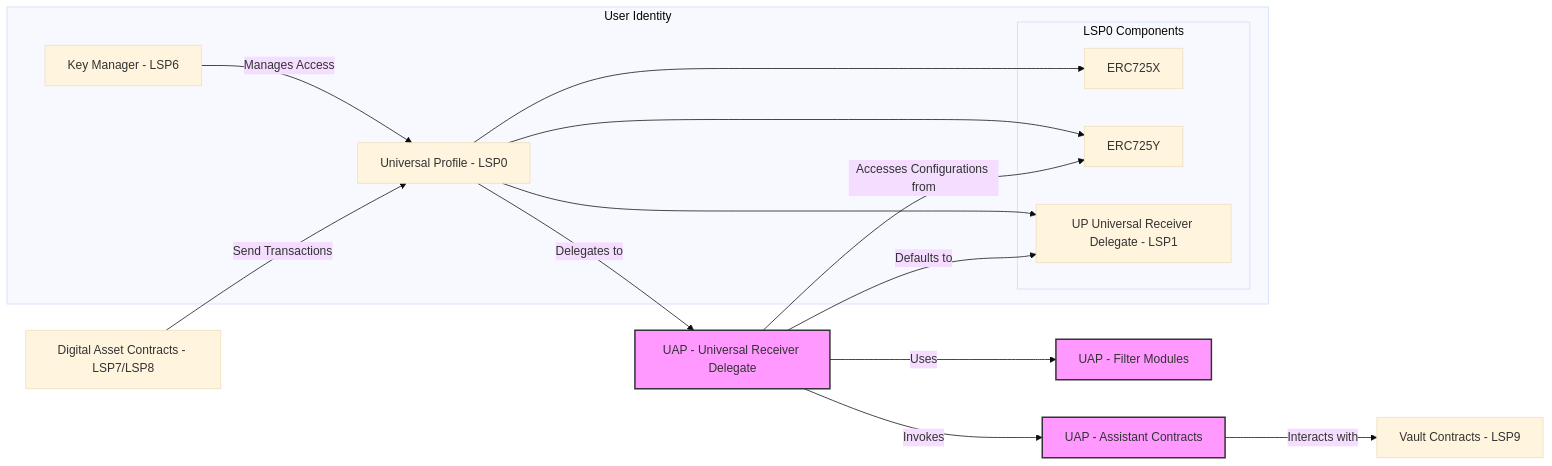
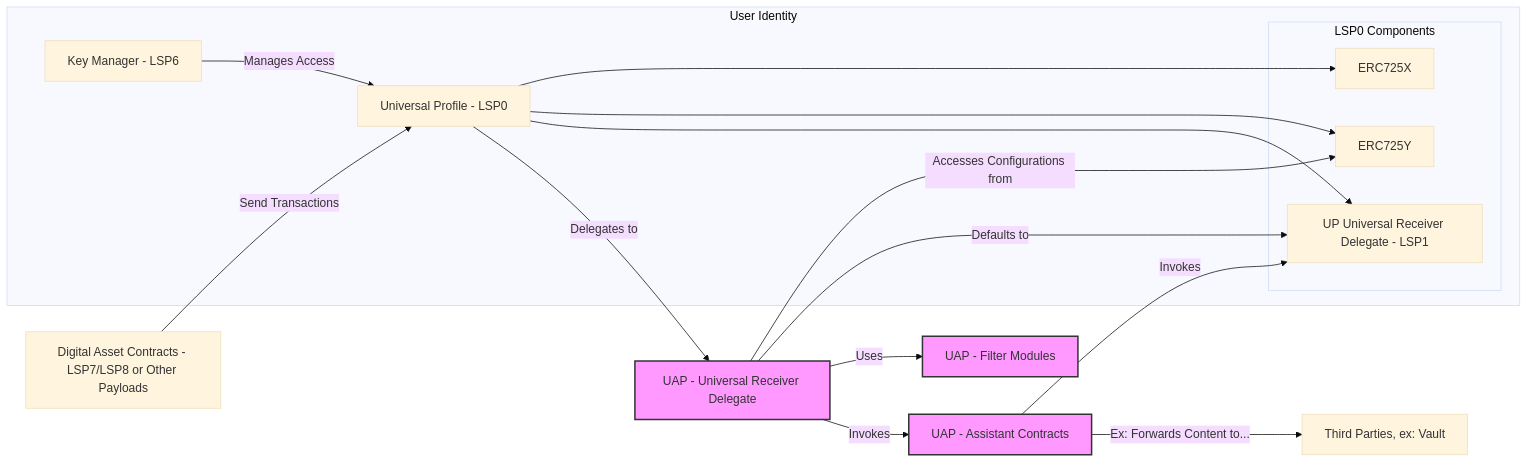
One commit to yearone-io/universal-assistant-protocol changed the first of 2 diagrams in README.md. Above: the diagram before and after it, drawn with Mermaid (base theme). The commit also changed other lines of this file, not shown here.

````diff
--- a/README.md
+++ b/README.md
@@ -2,38 +2,40 @@
 ```mermaid
 graph LR
 
 subgraph User Identity
     UP[Universal Profile - LSP0]
     subgraph LSP0 Components
         ERC725X
         ERC725Y
         LSP1[UP Universal Receiver Delegate - LSP1]
     end
     UP --> ERC725X
     UP --> ERC725Y
     UP --> LSP1
     KM[Key Manager - LSP6] -->|Manages Access| UP
 end
 
-Tokens[Digital Asset Contracts - LSP7/LSP8] -->|Send Transactions| UP
+Tokens[Digital Asset Contracts - LSP7/LSP8 or Other Payloads] -->|Send Transactions| UP
 
 UP -->|Delegates to| URDuap[UAP - Universal Receiver Delegate]
 
 URDuap -->|Accesses Configurations from| ERC725Y
 
 URDuap -->|Uses| FM[UAP - Filter Modules]
 
 URDuap -->|Invokes| AC[UAP - Assistant Contracts]
 
-AC -->|Interacts with| Vault[Vault Contracts - LSP9]
+AC -->|Ex: Forwards Content to...| ThirdParties[Third Parties, ex: Vault]
+
+AC -->|Invokes| LSP1
 
 URDuap -->|Defaults to| LSP1
 
 %% Style Definitions
 classDef uapClass fill:#f9f,stroke:#333,stroke-width:2px;
 
 %% Apply Styles to UAP Components
 class URDuap uapClass
 class FM uapClass
 class AC uapClass
 ```
````
